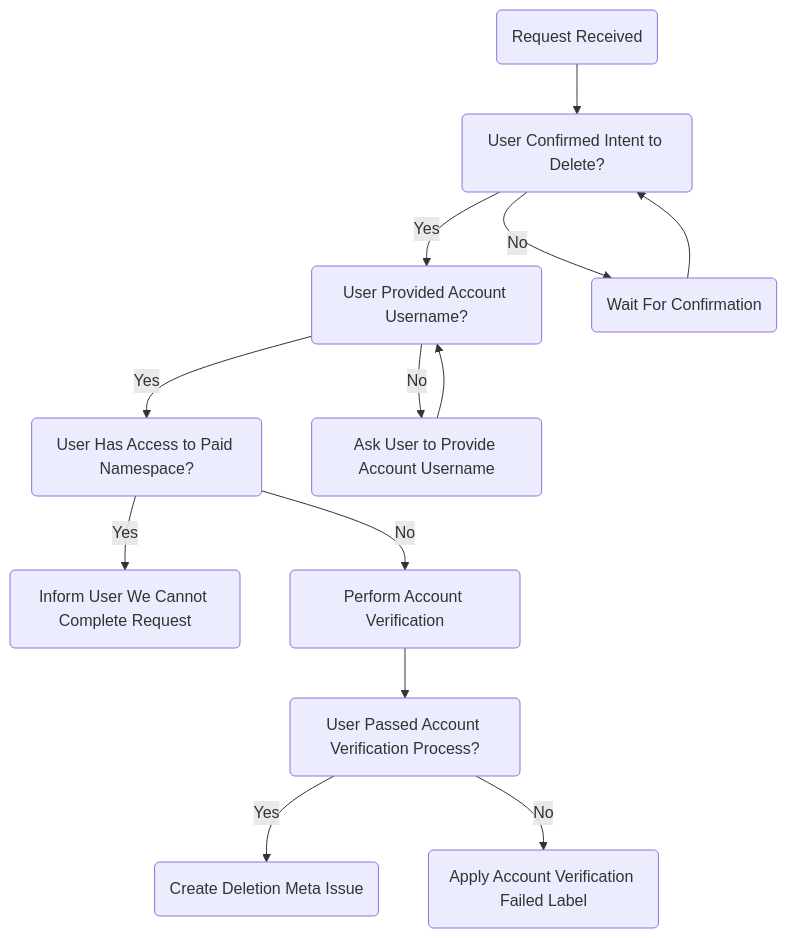
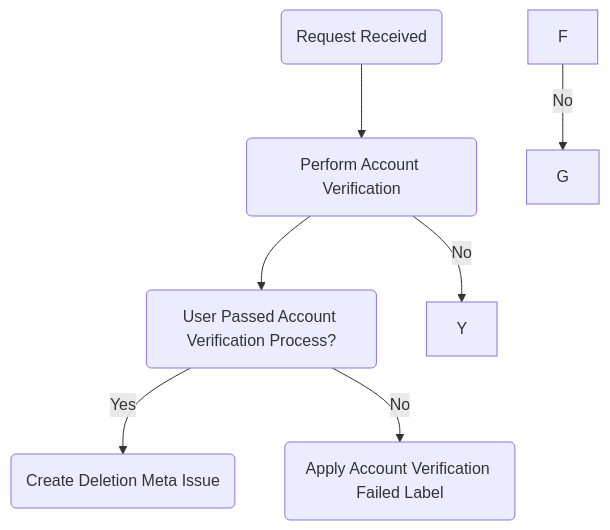
The diagram in support/workflows/account_deletion.html.md (secretstartups/handbook), drawn with Mermaid before and after one commit.

````diff
--- a/support/workflows/account_deletion.html.md
+++ b/support/workflows/account_deletion.html.md
@@ -85,18 +85,11 @@
 ```mermaid
 graph TD
 A(Request Received)-->B
-B(User Confirmed Intent to Delete?)-->|Yes|C
-C(User Provided Account Username?)-->|Yes|F
+B(Perform Account Verification)-->E
 E(User Passed Account Verification Process?)-->|Yes|I
-F(User Has Access to Paid Namespace?)-->|Yes|X
-X(Inform User We Cannot Complete Request)
 B-->|No|Y
-Y(Wait For Confirmation)-->B
-C-->|No|Z
-Z(Ask User to Provide Account Username)-->C
-G(Perform Account Verification)-->E
 E-->|No|H
 H(Apply Account Verification Failed Label)
 F-->|No|G
 I(Create Deletion Meta Issue)
 ```
````
